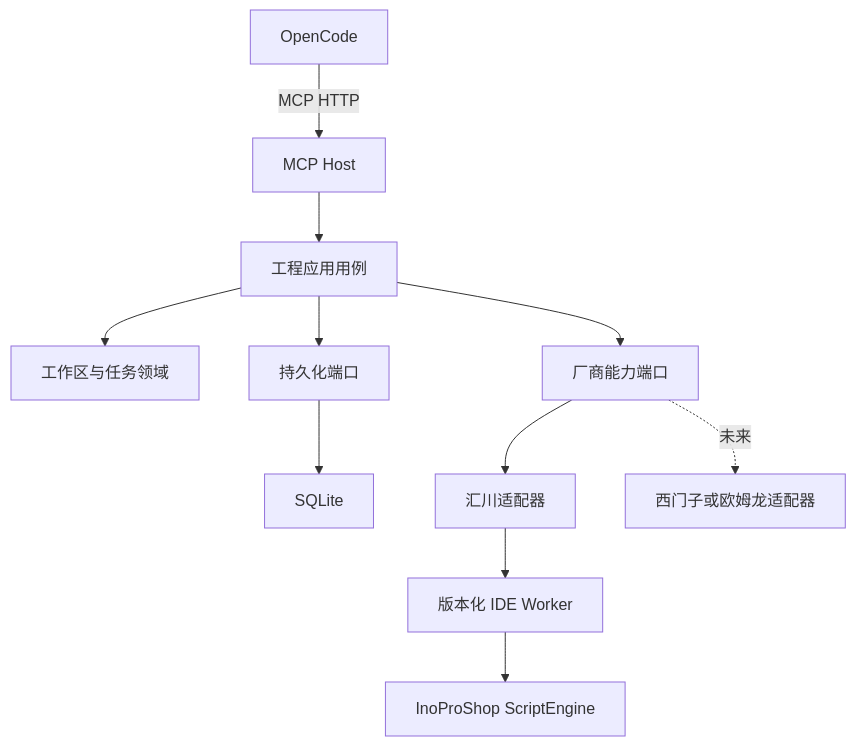
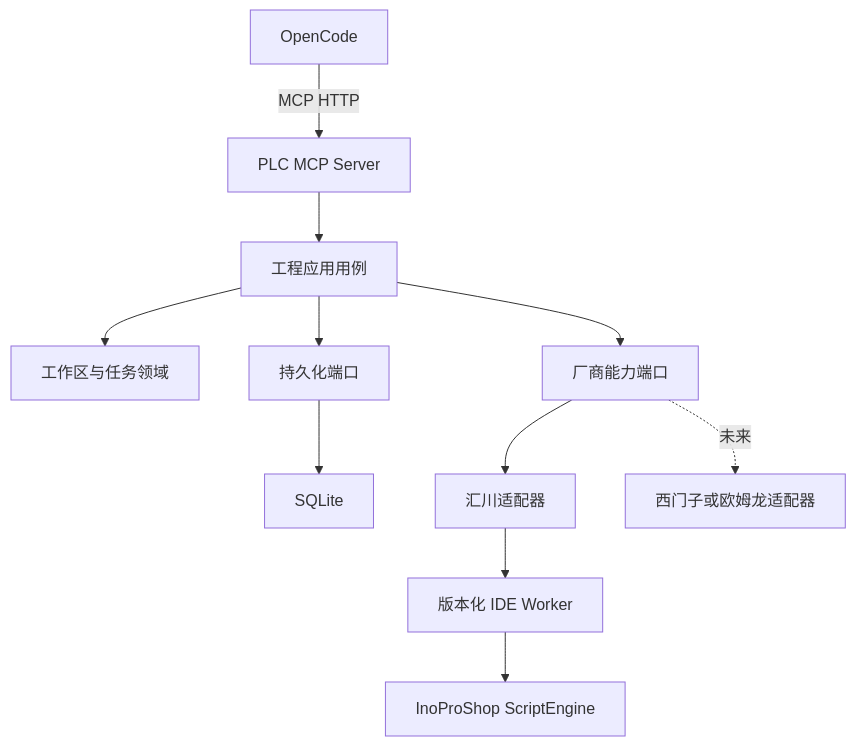
One commit to ShuJinHao/PlcMcpPlatform changed the first of 2 diagrams in docs/02-architecture.md. Above: the diagram before and after it, drawn with Mermaid. The commit also changed other lines of this file and 3 other files, not shown here.

Commit message:
docs: clarify PLC MCP server and internal adapter boundaries

````diff
--- a/docs/02-architecture.md
+++ b/docs/02-architecture.md
@@ -7,13 +30,13 @@
 ```mermaid
 flowchart TD
-    A[OpenCode] -->|MCP HTTP| B[MCP Host]
+    A[OpenCode] -->|MCP HTTP| B[PLC MCP Server]
     B --> C[工程应用用例]
     C --> D[工作区与任务领域]
     C --> E[厂商能力端口]
     C --> F[持久化端口]
     F --> G[SQLite]
     E --> H[汇川适配器]
     H --> I[版本化 IDE Worker]
     I --> J[InoProShop ScriptEngine]
     E -.未来.-> K[西门子或欧姆龙适配器]
 ```
````
